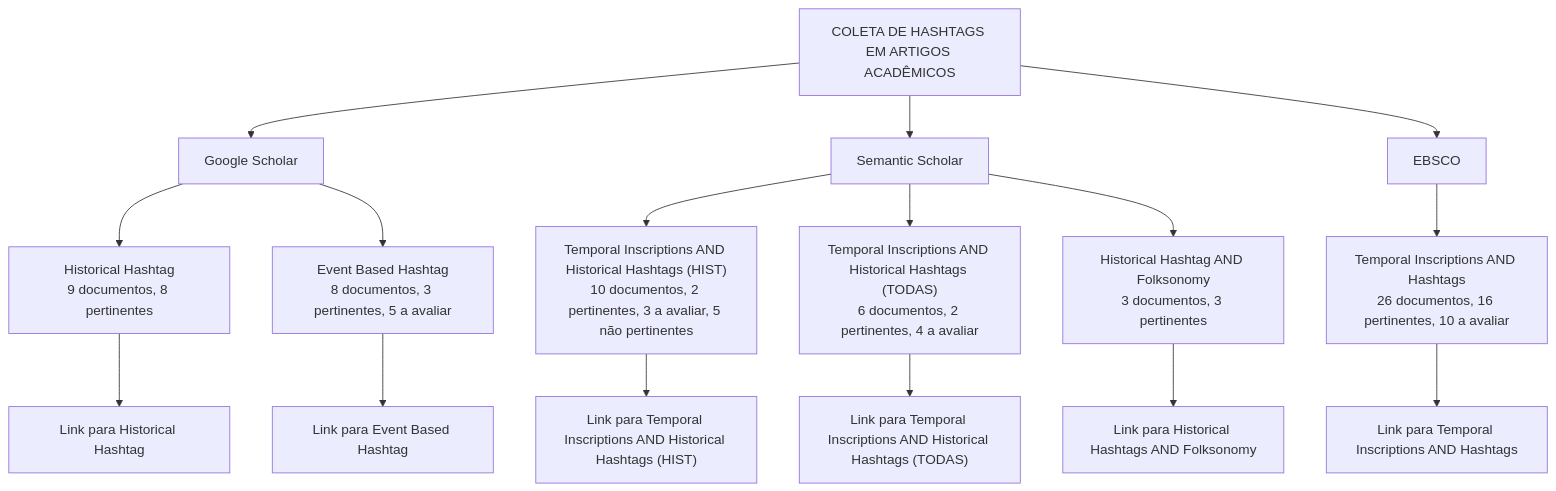
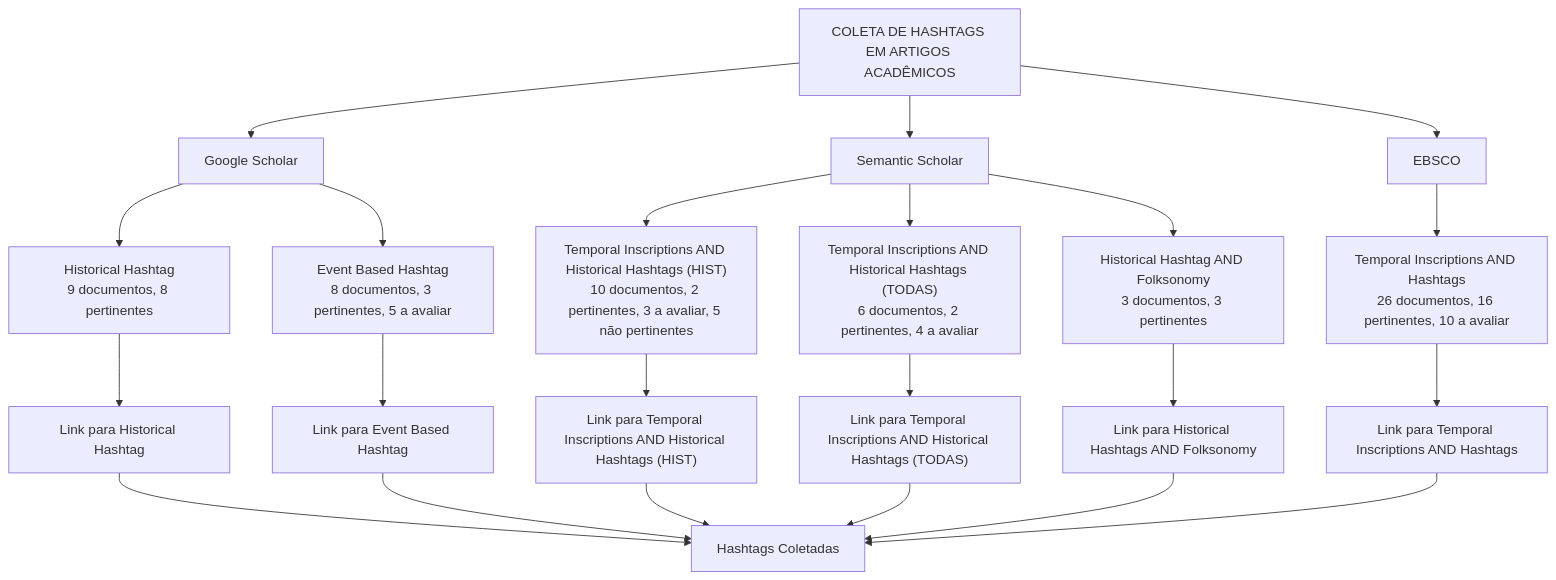
Before and after one commit to tacianasene/COLETA_DE_HASHTAG: the diagram in fluxograma.mmd, drawn with Mermaid.

Commit message:
Inserindo hashtags

```diff
--- a/fluxograma.mmd
+++ b/fluxograma.mmd
@@ -1,38 +1,49 @@
 graph TD
     %% Estrutura Vertical Simples
 
     A["COLETA DE HASHTAGS EM ARTIGOS ACADÊMICOS"]
 
     %% Bases de Dados no mesmo nível, conectadas verticalmente
     A --> BD1["Google Scholar"]
     A --> BD2["Semantic Scholar"]
     A --> BD3["EBSCO"]
 
     %% Palavras-Chave e Quantidade de Documentos na Seleção
     BD1 --> K1["Historical Hashtag<br>9 documentos, 8 pertinentes"]
     BD1 --> K2["Event Based Hashtag<br>8 documentos, 3 pertinentes, 5 a avaliar"]
     
     BD2 --> K3["Temporal Inscriptions AND Historical Hashtags (HIST)<br>10 documentos, 2 pertinentes, 3 a avaliar, 5 não pertinentes"]
     BD2 --> K4["Temporal Inscriptions AND Historical Hashtags (TODAS)<br>6 documentos, 2 pertinentes, 4 a avaliar"]
     BD2 --> K5["Historical Hashtag AND Folksonomy<br>3 documentos, 3 pertinentes"]
 
     BD3 --> K6["Temporal Inscriptions AND Hashtags<br>26 documentos, 16 pertinentes, 10 a avaliar"]
 
     %% Extração com Links para Documentos
     K1 --> L1["Link para Historical Hashtag"]
     click L1 href "https://docs.google.com/document/d/1gnLuuhPxK3jCwty_lMbKMTq_eRr_EHWFft46NrN2PlY/edit?usp=sharing" "Acessar Documento"
    
     K2 --> L5["Link para Event Based Hashtag"]
     click L5 href "https://docs.google.com/document/d/1G3ArqPGwON249Ii9sl07NJdQfhMSX1RaZ9oyBV6cgE8/edit?usp=sharing" "Acessar Documento"
 
     K3 --> L2["Link para Temporal Inscriptions AND Historical Hashtags (HIST)"]
     click L2 href "https://docs.google.com/document/d/1Wey7aP1nVXmTrhIh5ero-3pFP_DKB_dBNeivsJj7GB8/edit?usp=sharing" "Acessar Documento"
 
     K4 --> L3["Link para Temporal Inscriptions AND Historical Hashtags (TODAS)"]
     click L3 href "https://docs.google.com/document/d/15ANIRs2IILBmPeFKAshUEVkdxbtLwbgP1o0cPer5d3Q/edit?usp=sharing" "Acessar Documento"
 
     K5 --> L4["Link para Historical Hashtags AND Folksonomy"]
     click L4 href "https://docs.google.com/document/d/1KwmtNnetnd9vWS8-j4-yUmgunOcYKhRVNX3xkztFXt0/edit?usp=sharing" "Acessar Documento"
     
     K6 --> L6["Link para Temporal Inscriptions AND Hashtags"]
     click L6 href "https://docs.google.com/document/d/1ng3IP4etbf7aANTmG_zNmFqW1hT3sl2H30IijaA363Q/edit?usp=sharing" "Acessar Documento"
+
+    %% Conexões dos Links para o Ícone Final
+    L1 --> HC["Hashtags Coletadas"]
+    L2 --> HC
+    L3 --> HC
+    L4 --> HC
+    L5 --> HC
+    L6 --> HC
+
+    %% Link para o Ícone Final
+    click HC href "https://drive.google.com/file/d/1_C0VS1sfnseT7dz_aqzkjr0d2Fjx8bs8/view?usp=drive_link" "Acessar Hashtags Coletadas"
```
